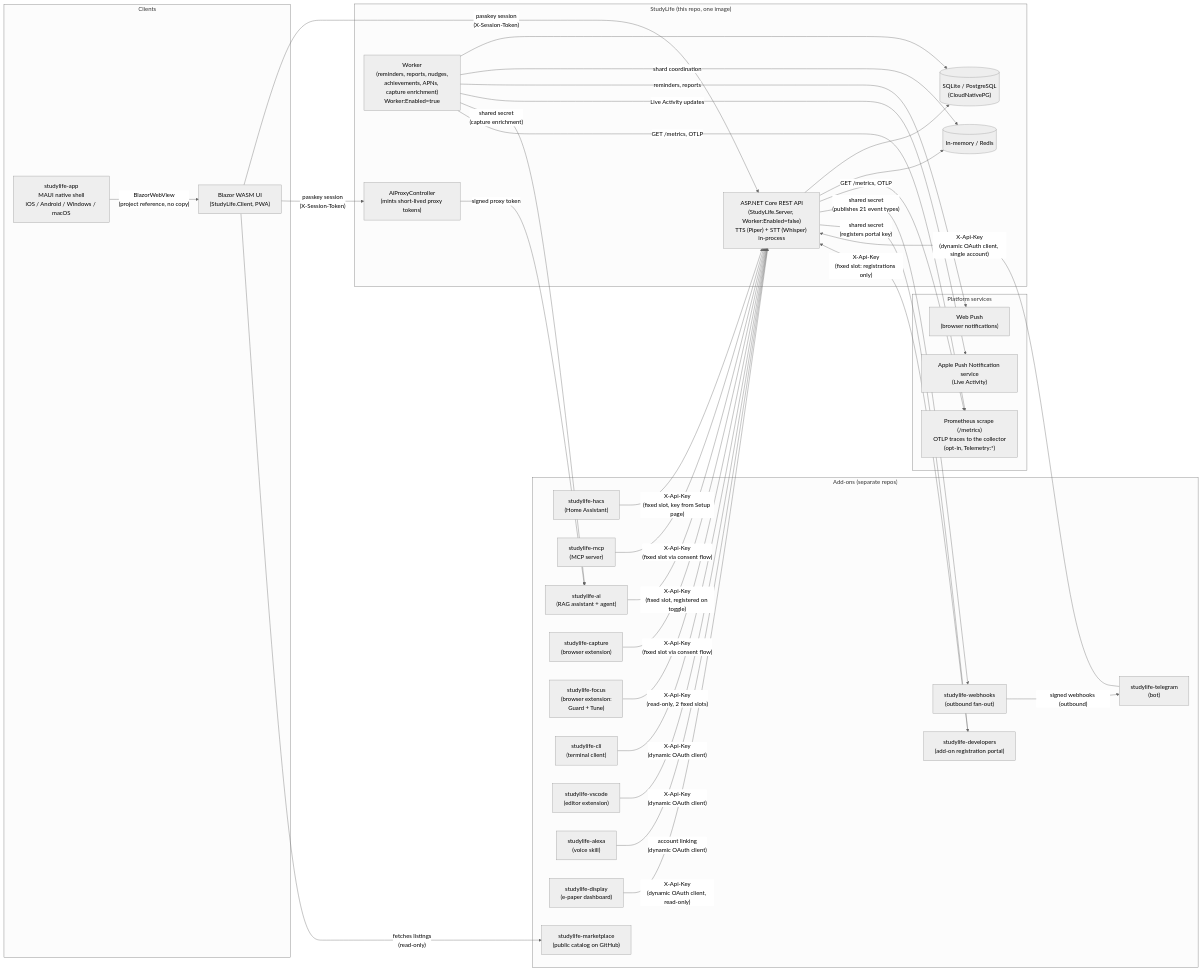
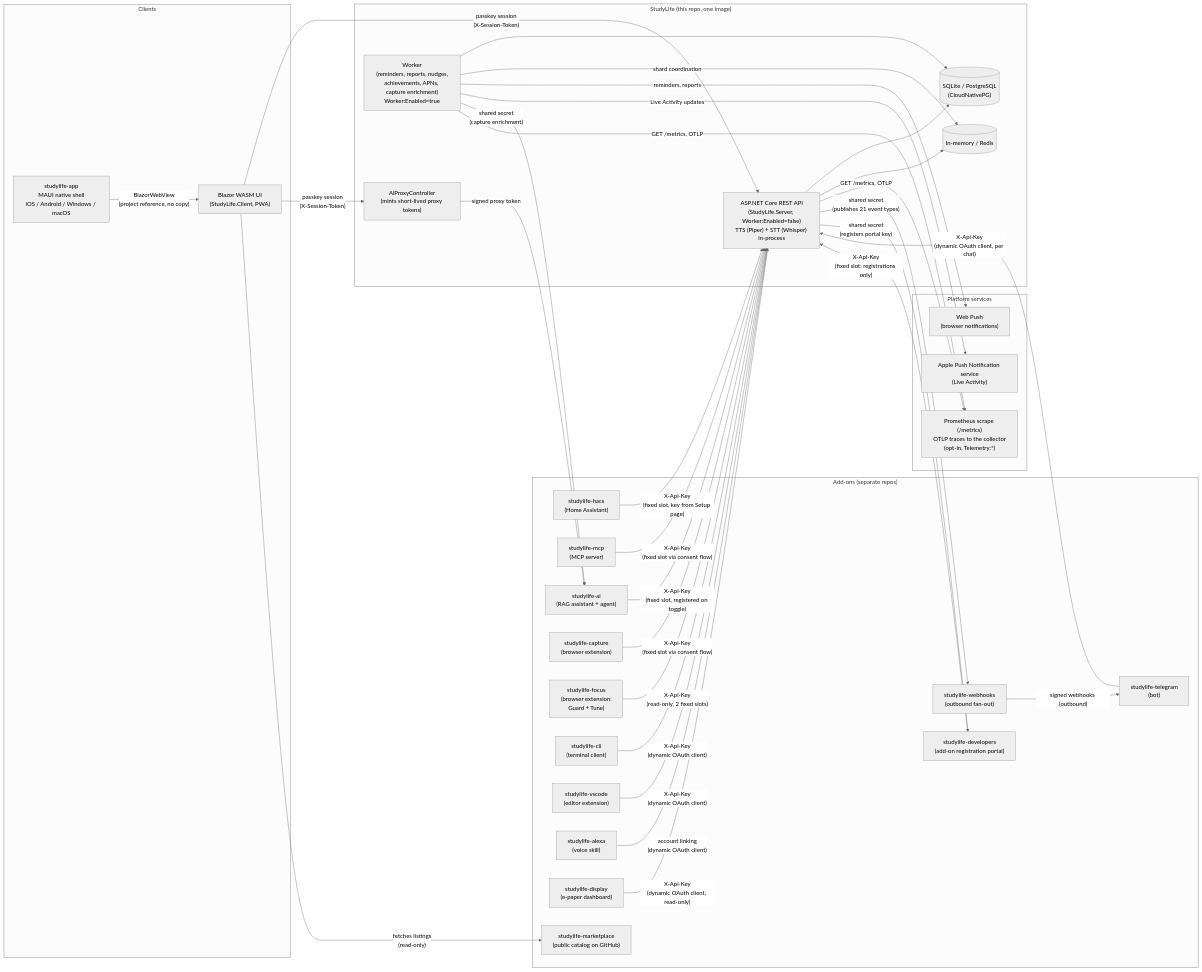
The diagram in README.md (lukislp/studylife), drawn with Mermaid (neutral theme) before and after one commit. The commit also changed other lines of this file, not shown here.

Commit message:
docs: the Telegram bot links one account per chat

````diff
--- a/README.md
+++ b/README.md
@@ -29,66 +29,66 @@
 ```mermaid
 flowchart LR
     subgraph Clients["Clients"]
         BlazorUI["Blazor WASM UI\n(StudyLife.Client, PWA)"]
         MauiApp["studylife-app\nMAUI native shell\niOS / Android / Windows / macOS"]
     end
 
     subgraph StudyLife["StudyLife (this repo, one image)"]
         API["ASP.NET Core REST API\n(StudyLife.Server, Worker:Enabled=false)\nTTS (Piper) + STT (Whisper) in-process"]
         AiProxy["AiProxyController\n(mints short-lived proxy tokens)"]
         Worker["Worker\n(reminders, reports, nudges,\nachievements, APNs, capture enrichment)\nWorker:Enabled=true"]
         DB[("SQLite / PostgreSQL\n(CloudNativePG)")]
         Cache[("In-memory / Redis")]
     end
 
     subgraph Platform["Platform services"]
         WebPush["Web Push\n(browser notifications)"]
         APNs["Apple Push Notification service\n(Live Activity)"]
         Telemetry["Prometheus scrape (/metrics)\nOTLP traces to the collector\n(opt-in, Telemetry:*)"]
     end
 
     subgraph AddOns["Add-ons (separate repos)"]
         HomeAssistant["studylife-hacs\n(Home Assistant)"]
         Mcp["studylife-mcp\n(MCP server)"]
         StudyLifeAI["studylife-ai\n(RAG assistant + agent)"]
         Capture["studylife-capture\n(browser extension)"]
         StudyLifeFocus["studylife-focus\n(browser extension:\nGuard + Tune)"]
         Cli["studylife-cli\n(terminal client)"]
         VsCode["studylife-vscode\n(editor extension)"]
         Telegram["studylife-telegram\n(bot)"]
         Alexa["studylife-alexa\n(voice skill)"]
         Display["studylife-display\n(e-paper dashboard)"]
         Webhooks["studylife-webhooks\n(outbound fan-out)"]
         Developers["studylife-developers\n(add-on registration portal)"]
         Marketplace["studylife-marketplace\n(public catalog on GitHub)"]
     end
 
     MauiApp -- "BlazorWebView\n(project reference, no copy)" --> BlazorUI
     BlazorUI -- "passkey session\n(X-Session-Token)" --> API
     BlazorUI -- "passkey session\n(X-Session-Token)" --> AiProxy
     BlazorUI -- "fetches listings\n(read-only)" --> Marketplace
     AiProxy -- "signed proxy token" --> StudyLifeAI
     API --> DB
     API --> Cache
     Worker --> DB
     Worker -- "shard coordination" --> Cache
     Worker -- "reminders, reports" --> WebPush
     Worker -- "Live Activity updates" --> APNs
     Worker -- "shared secret\n(capture enrichment)" --> StudyLifeAI
     API -- "GET /metrics, OTLP" --> Telemetry
     Worker -- "GET /metrics, OTLP" --> Telemetry
     API -- "shared secret\n(publishes 21 event types)" --> Webhooks
     Webhooks -- "signed webhooks (outbound)" --> Telegram
     API -- "shared secret\n(registers portal key)" --> Developers
     Developers -- "X-Api-Key\n(fixed slot: registrations only)" --> API
     StudyLifeAI -- "X-Api-Key\n(fixed slot, registered on toggle)" --> API
     HomeAssistant -- "X-Api-Key\n(fixed slot, key from Setup page)" --> API
     Mcp -- "X-Api-Key\n(fixed slot via consent flow)" --> API
     Capture -- "X-Api-Key\n(fixed slot via consent flow)" --> API
     StudyLifeFocus -- "X-Api-Key\n(read-only, 2 fixed slots)" --> API
     Cli -- "X-Api-Key\n(dynamic OAuth client)" --> API
     VsCode -- "X-Api-Key\n(dynamic OAuth client)" --> API
-    Telegram -- "X-Api-Key\n(dynamic OAuth client, single account)" --> API
+    Telegram -- "X-Api-Key\n(dynamic OAuth client, per chat)" --> API
     Alexa -- "account linking\n(dynamic OAuth client)" --> API
     Display -- "X-Api-Key\n(dynamic OAuth client, read-only)" --> API
 ```
````
